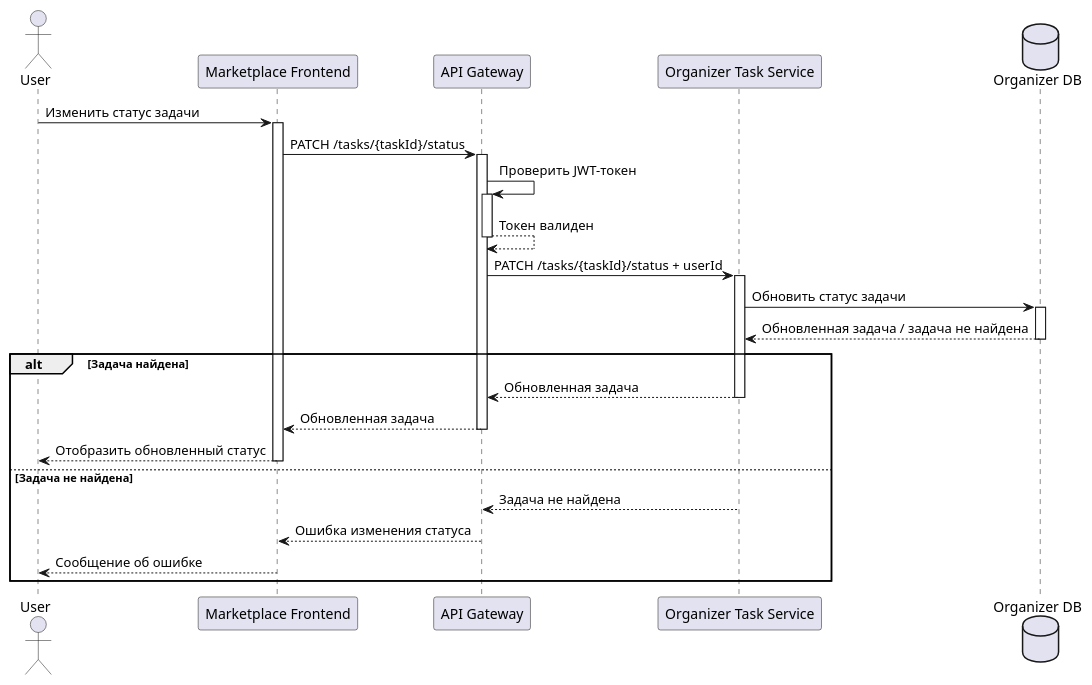
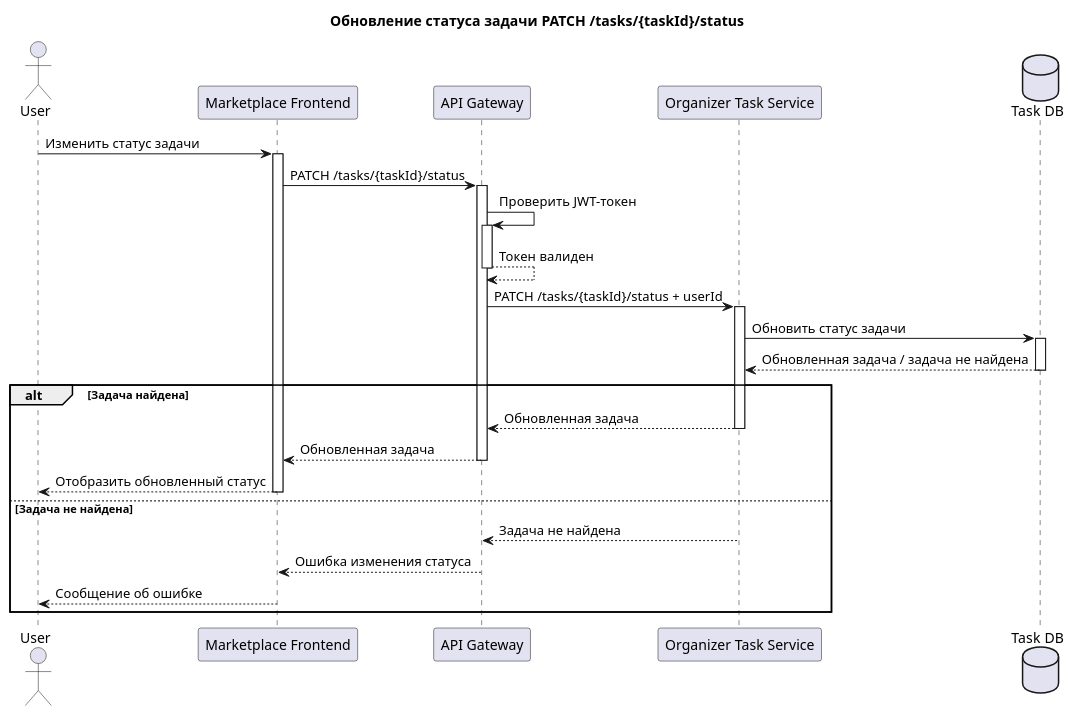
One commit to aabzalovaa/organaizer-domashnih-del changed the diagram in sequence diagrams/update-task-status-sequence.md. Above: the diagram before and after it, drawn with PlantUML. The commit also changed other lines of this file, not shown here.

````diff
--- a/sequence diagrams/update-task-status-sequence.md
+++ b/sequence diagrams/update-task-status-sequence.md
@@ -1,71 +4,73 @@
+```plantuml
 @startuml
-
+title "Обновление статуса задачи PATCH /tasks/{taskId}/status"
 actor User
 
 participant "Marketplace Frontend" as Frontend
 
 participant "API Gateway" as Gateway
 
 participant "Organizer Task Service" as TaskService
 
-database "Organizer DB" as Database
+database "Task DB" as Database
 
 User -> Frontend: Изменить статус задачи
 
 activate Frontend
 
 Frontend -> Gateway: PATCH /tasks/{taskId}/status
 
 activate Gateway
 
 Gateway -> Gateway: Проверить JWT-токен
 
 activate Gateway
 
 Gateway --> Gateway: Токен валиден
 
 deactivate Gateway
 
 Gateway -> TaskService: PATCH /tasks/{taskId}/status + userId
 
 activate TaskService
 
 TaskService -> Database: Обновить статус задачи
 
 activate Database
 
 Database --> TaskService: Обновленная задача / задача не найдена
 
 deactivate Database
 
 alt Задача найдена
 
 TaskService --> Gateway: Обновленная задача
 
 deactivate TaskService
 
 Gateway --> Frontend: Обновленная задача
 
 deactivate Gateway
 
 Frontend --> User: Отобразить обновленный статус
 
 deactivate Frontend
 
 else Задача не найдена
 
 TaskService --> Gateway: Задача не найдена
 
 deactivate TaskService
 
 Gateway --> Frontend: Ошибка изменения статуса
 
 deactivate Gateway
 
 Frontend --> User: Сообщение об ошибке
 
 deactivate Frontend
 
 end
 
 @enduml
+```
````
